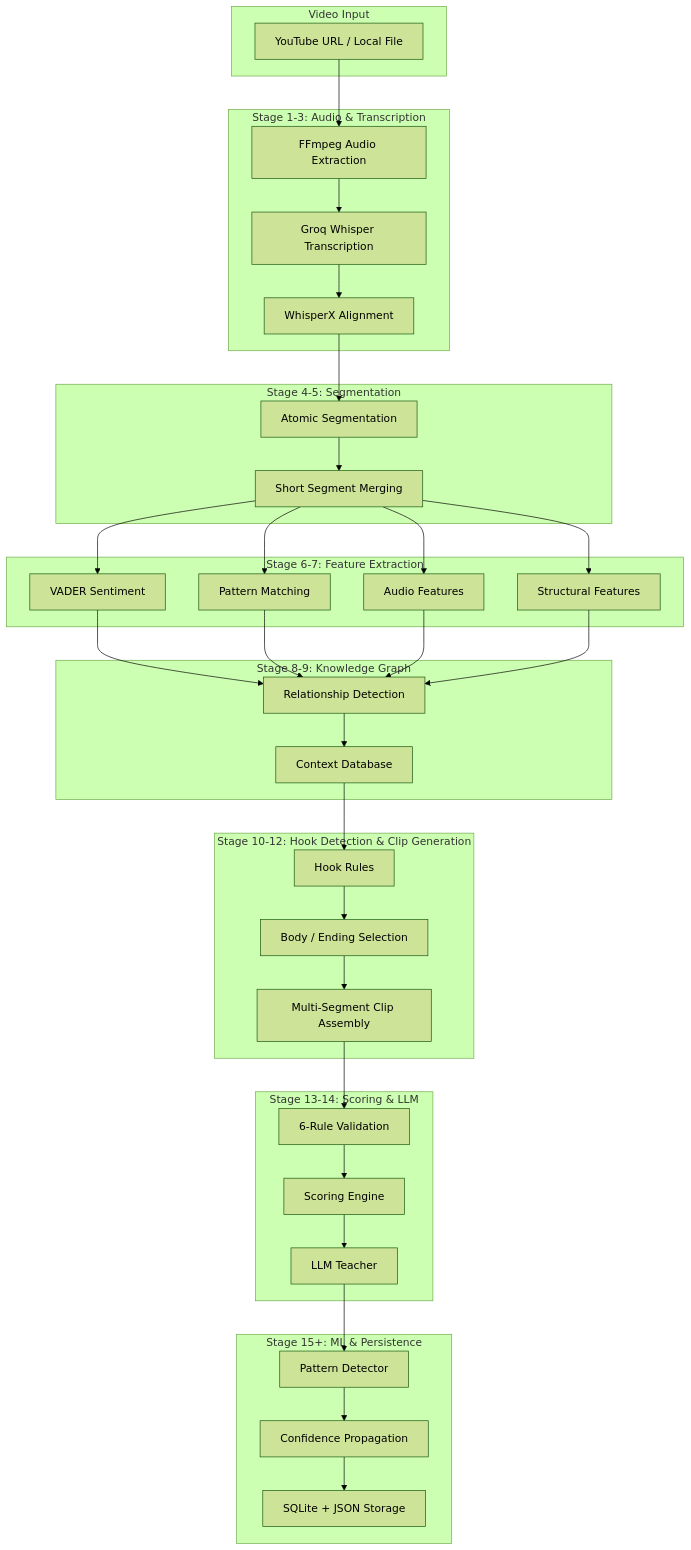
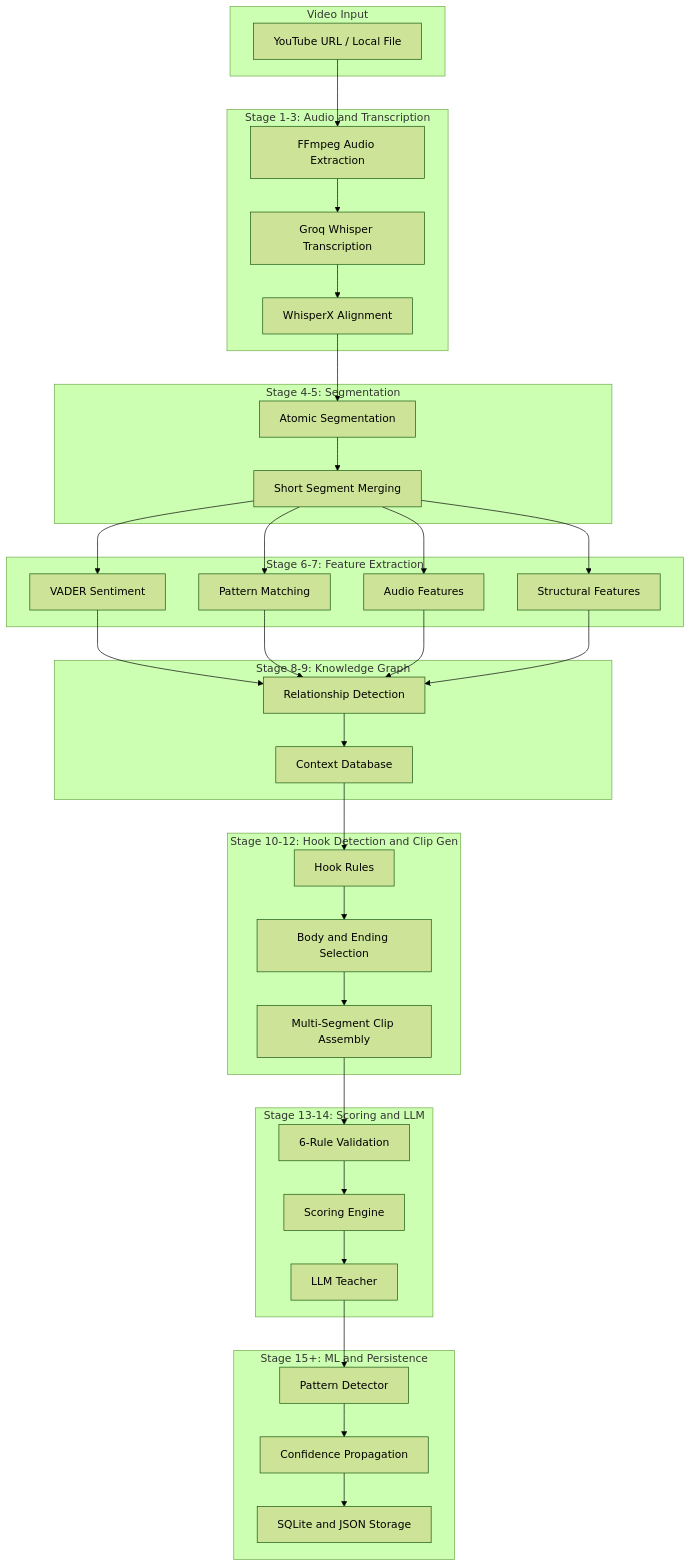
Before and after one commit to samm329-ui/Trimora: the first of 24 diagrams in README.md, drawn with Mermaid (forest theme). The commit also changed other lines of this file, not shown here.

Commit message:
docs: comprehensive README with Mermaid diagrams for the engine pipeline

````diff
--- a/README.md
+++ b/README.md
@@ -47,57 +47,71 @@
 ```mermaid
 flowchart TB
     subgraph Input["Video Input"]
         A[YouTube URL / Local File]
     end
 
-    subgraph Stage1["Stage 1-3: Audio & Transcription"]
+    subgraph Stage1["Stage 1-3: Audio and Transcription"]
         B[FFmpeg Audio Extraction]
         C[Groq Whisper Transcription]
         D[WhisperX Alignment]
     end
 
     subgraph Stage2["Stage 4-5: Segmentation"]
         E[Atomic Segmentation]
         F[Short Segment Merging]
     end
 
     subgraph Stage3["Stage 6-7: Feature Extraction"]
         G[VADER Sentiment]
         H[Pattern Matching]
         I[Audio Features]
         J[Structural Features]
     end
 
     subgraph Stage4["Stage 8-9: Knowledge Graph"]
         K[Relationship Detection]
         L[Context Database]
     end
 
-    subgraph Stage5["Stage 10-12: Hook Detection & Clip Generation"]
+    subgraph Stage5["Stage 10-12: Hook Detection and Clip Gen"]
         M[Hook Rules]
-        N[Body / Ending Selection]
+        N[Body and Ending Selection]
         O[Multi-Segment Clip Assembly]
     end
 
-    subgraph Stage6["Stage 13-14: Scoring & LLM"]
+    subgraph Stage6["Stage 13-14: Scoring and LLM"]
         P[6-Rule Validation]
         Q[Scoring Engine]
         R[LLM Teacher]
     end
 
-    subgraph Stage7["Stage 15+: ML & Persistence"]
+    subgraph Stage7["Stage 15+: ML and Persistence"]
         S[Pattern Detector]
         T[Confidence Propagation]
-        U[SQLite + JSON Storage]
+        U[SQLite and JSON Storage]
     end
 
-    A --> B --> C --> D
-    D --> E --> F
-    F --> G & H & I & J
-    G & H & I & J --> K --> L
-    L --> M --> N --> O
-    O --> P --> Q
+    A --> B
+    B --> C
+    C --> D
+    D --> E
+    E --> F
+    F --> G
+    F --> H
+    F --> I
+    F --> J
+    G --> K
+    H --> K
+    I --> K
+    J --> K
+    K --> L
+    L --> M
+    M --> N
+    N --> O
+    O --> P
+    P --> Q
     Q --> R
-    R --> S --> T
+    R --> S
+    S --> T
     T --> U
 ```
````
